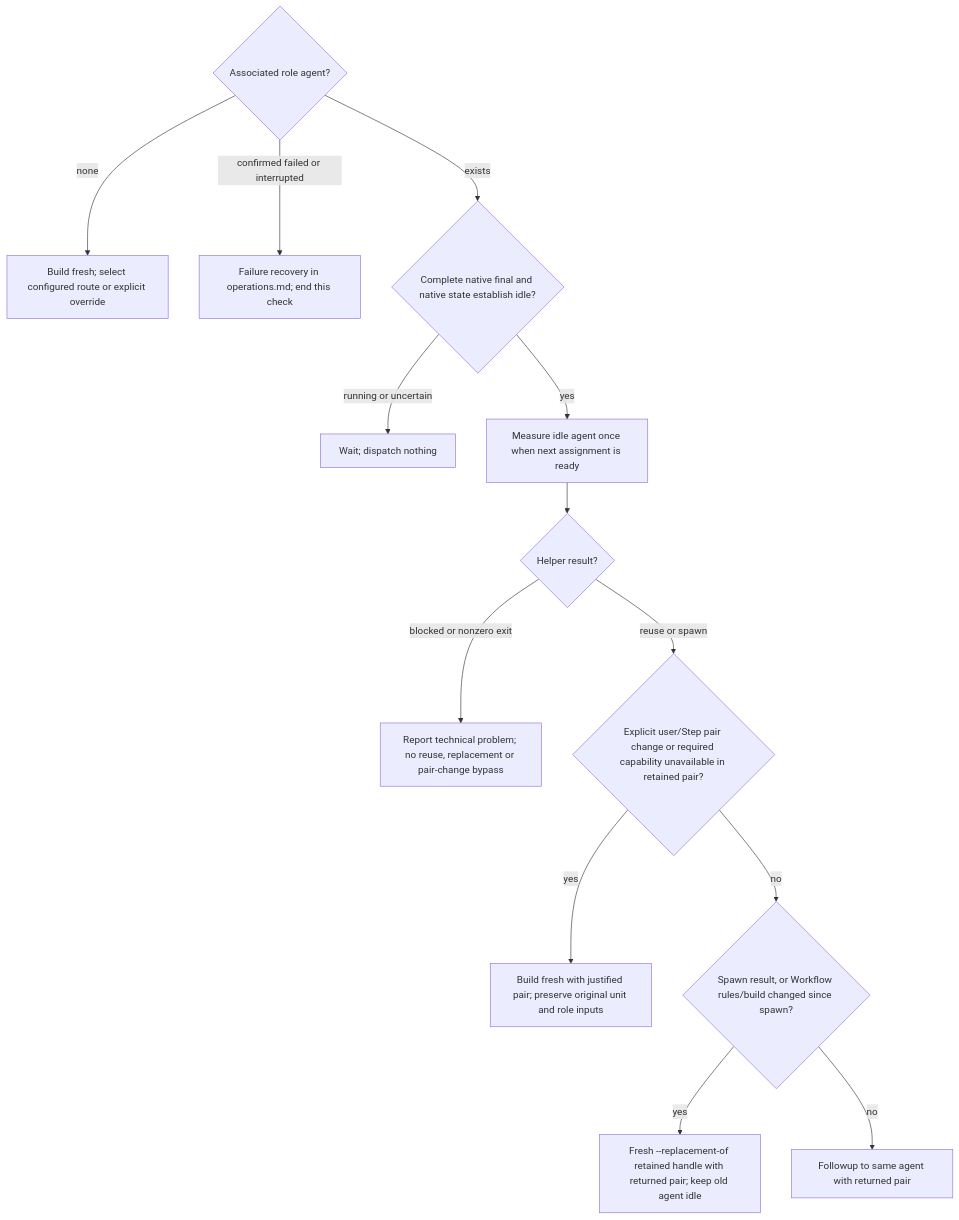
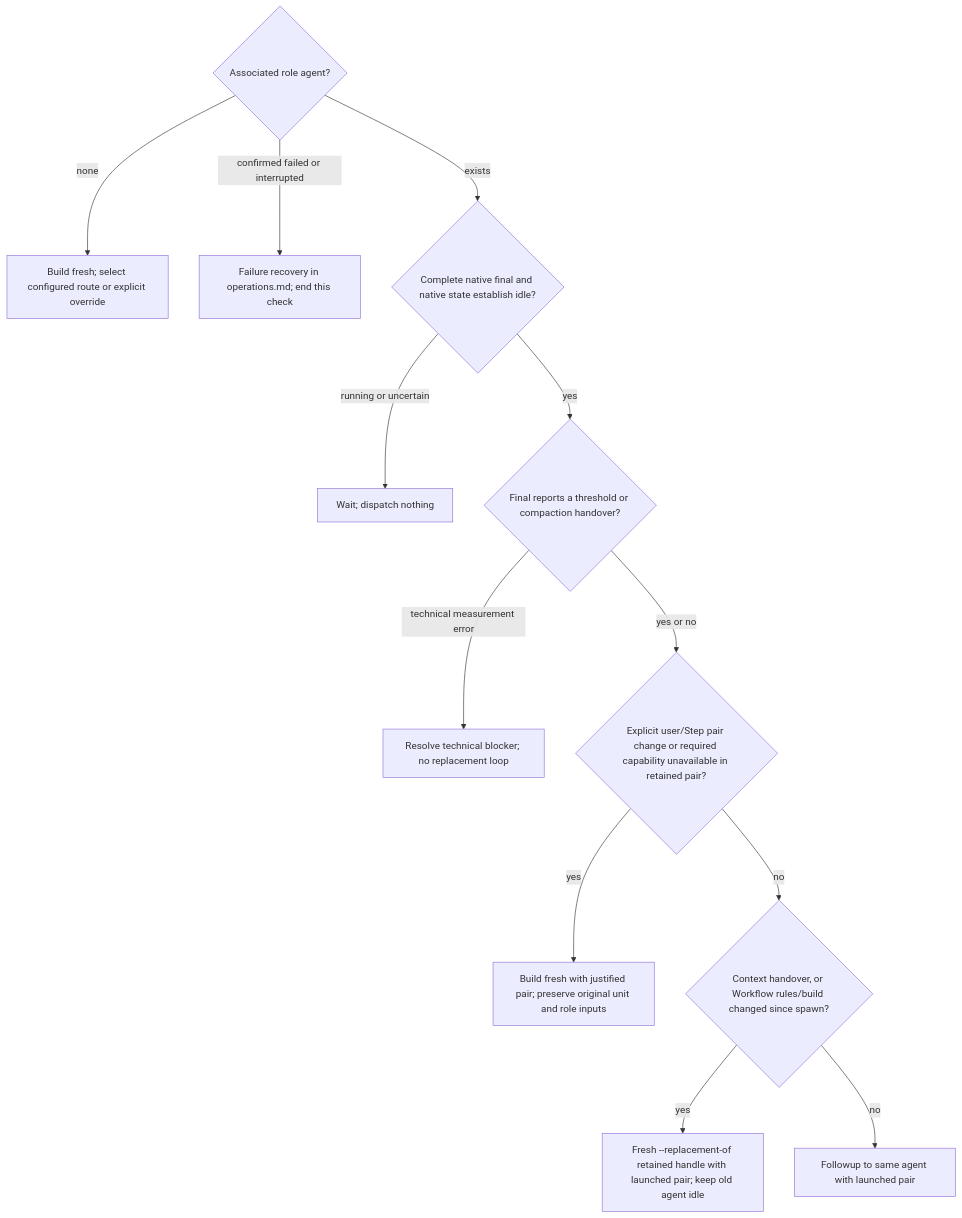
Before and after one commit to benjaminstelzer/scoville-suite-for-codex: the diagram in packages/scoville-workflow-for-codex/scoville-workflow-for-codex/references/operations-dispatch.md, drawn with Mermaid. The commit also changed other lines of this file and 23 other files, not shown here.

Commit message:
Check context in subagents and keep same-task handovers safe

````diff
--- a/packages/scoville-workflow-for-codex/scoville-workflow-for-codex/references/operations-dispatch.md
+++ b/packages/scoville-workflow-for-codex/scoville-workflow-for-codex/references/operations-dispatch.md
@@ -41,16 +40,15 @@
 ```mermaid
 flowchart TD
   associated{"Associated role agent?"}
   associated -->|none| fresh["Build fresh; select configured route or explicit override"]
   associated -->|confirmed failed or interrupted| recovery["Failure recovery in operations.md; end this check"]
   associated -->|exists| idle{"Complete native final and native state establish idle?"}
   idle -->|running or uncertain| wait["Wait; dispatch nothing"]
-  idle -->|yes| measure["Measure idle agent once when next assignment is ready"]
-  measure --> result{"Helper result?"}
-  result -->|blocked or nonzero exit| blocked["Report technical problem; no reuse, replacement or pair-change bypass"]
-  result -->|reuse or spawn| choice{"Explicit user/Step pair change or required capability unavailable in retained pair?"}
+  idle -->|yes| context{"Final reports a threshold or compaction handover?"}
+  context -->|technical measurement error| blocked["Resolve technical blocker; no replacement loop"]
+  context -->|yes or no| choice{"Explicit user/Step pair change or required capability unavailable in retained pair?"}
   choice -->|yes| changed["Build fresh with justified pair; preserve original unit and role inputs"]
-  choice -->|no| replace{"Spawn result, or Workflow rules/build changed since spawn?"}
-  replace -->|yes| replacement["Fresh --replacement-of retained handle with returned pair; keep old agent idle"]
-  replace -->|no| reuse["Followup to same agent with returned pair"]
+  choice -->|no| replace{"Context handover, or Workflow rules/build changed since spawn?"}
+  replace -->|yes| replacement["Fresh --replacement-of retained handle with launched pair; keep old agent idle"]
+  replace -->|no| reuse["Followup to same agent with launched pair"]
 ```
````
